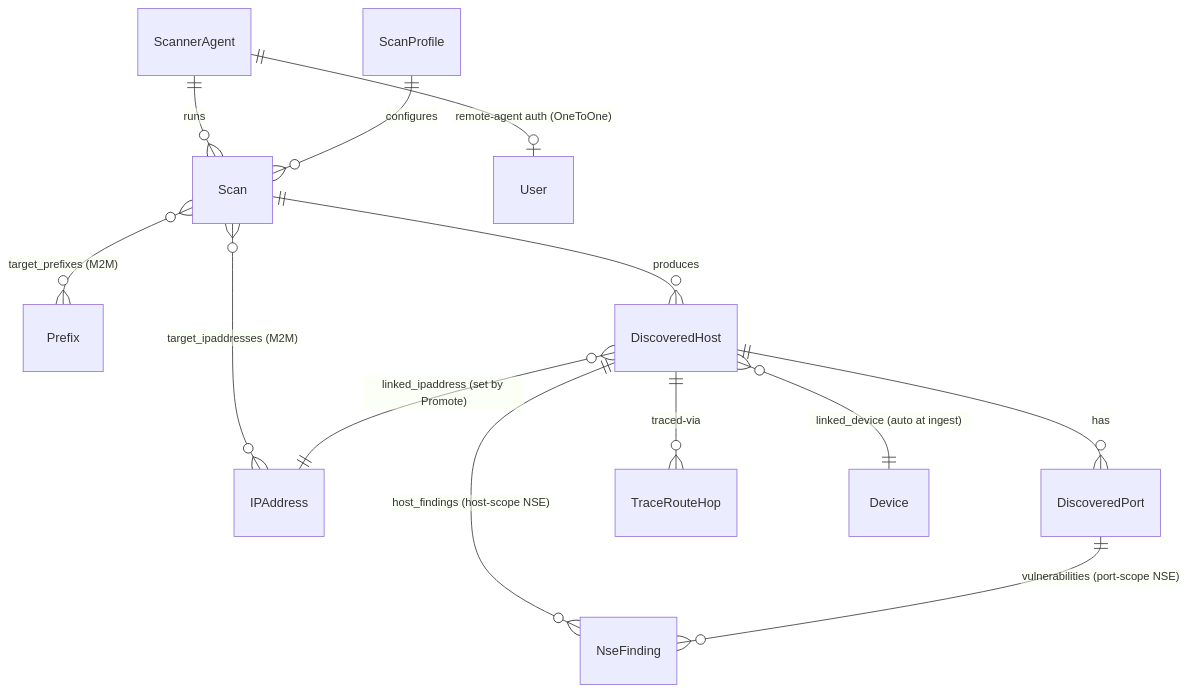
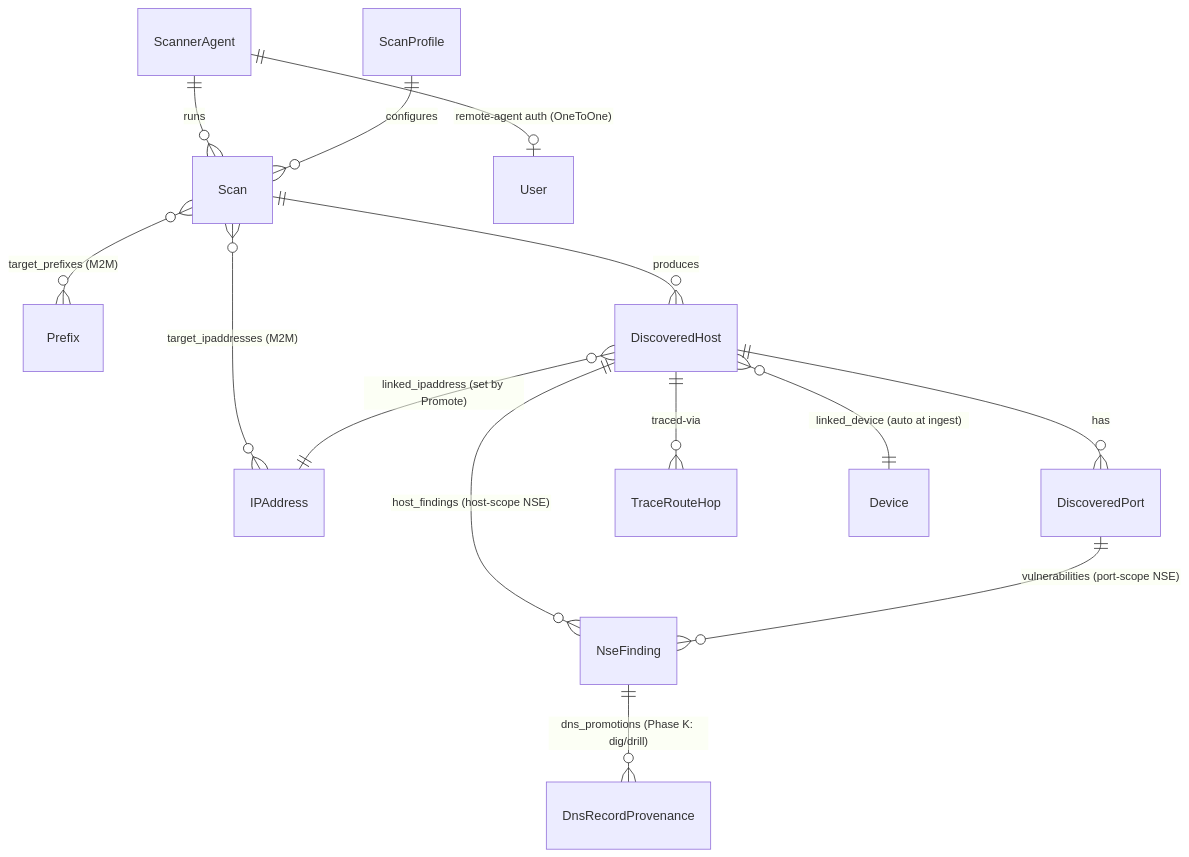
Before and after one commit to rsp2k/nautobot-app-scanner: the diagram in docs/models/index.md, drawn with Mermaid. The commit also changed other lines of this file and 9 other files, not shown here.

````diff
--- a/docs/models/index.md
+++ b/docs/models/index.md
@@ -30,15 +31,16 @@
 ```mermaid
 erDiagram
     ScannerAgent ||--o{ Scan : "runs"
     ScanProfile ||--o{ Scan : "configures"
     Scan }o--o{ Prefix : "target_prefixes (M2M)"
     Scan }o--o{ IPAddress : "target_ipaddresses (M2M)"
     Scan ||--o{ DiscoveredHost : "produces"
     DiscoveredHost ||--o{ DiscoveredPort : "has"
     DiscoveredHost ||--o{ TraceRouteHop : "traced-via"
     DiscoveredHost ||--o{ NseFinding : "host_findings (host-scope NSE)"
     DiscoveredPort ||--o{ NseFinding : "vulnerabilities (port-scope NSE)"
+    NseFinding ||--o{ DnsRecordProvenance : "dns_promotions (Phase K: dig/drill)"
     DiscoveredHost }o--|| IPAddress : "linked_ipaddress (set by Promote)"
     DiscoveredHost }o--|| Device : "linked_device (auto at ingest)"
     ScannerAgent ||--o| User : "remote-agent auth (OneToOne)"
 ```
````
